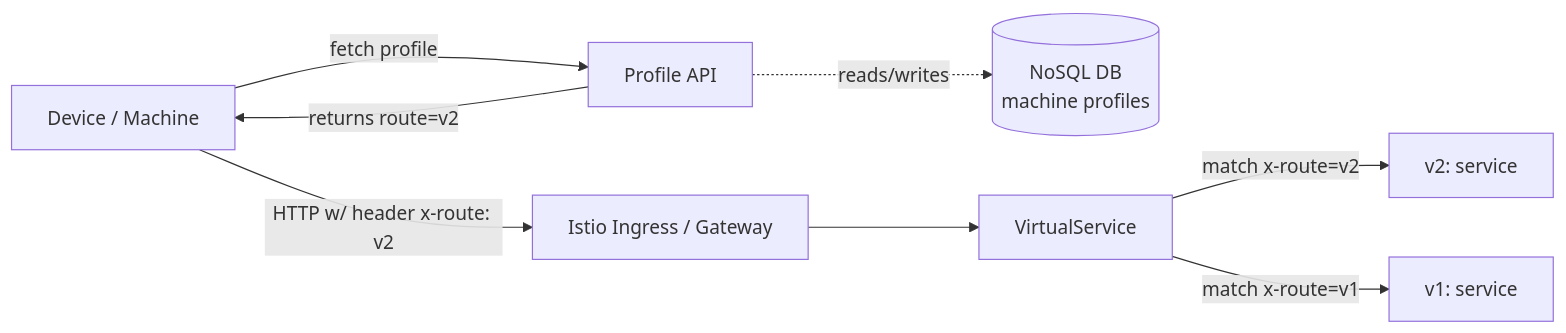
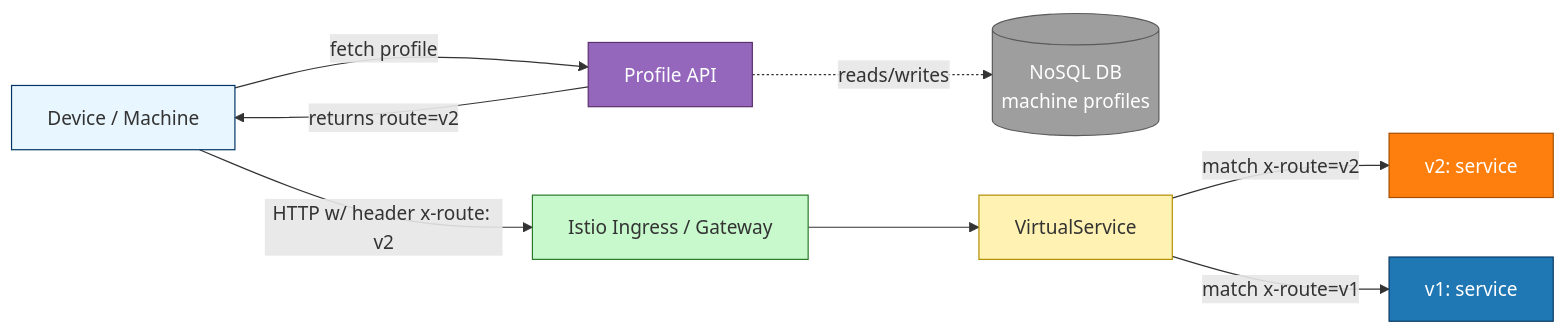
Before and after one commit to bretonne/location-rollout-demo: the third of 3 diagrams in presentation.md, drawn with Mermaid. The commit also changed other lines of this file and 1 other file, not shown here.

````diff
--- a/presentation.md
+++ b/presentation.md
@@ -69,11 +95,27 @@
 ```mermaid
 flowchart LR
   Device[Device / Machine] -->|fetch profile| ProfileAPI[Profile API]
   %% Profile API interacts with a NoSQL database (dashed line to indicate backend storage)
   ProfileAPI -.->|reads/writes| NoSQLDB[(NoSQL DB\nmachine profiles)]
   ProfileAPI -->|returns route=v2| Device
   Device -->|HTTP w/ header x-route: v2| IstioIngress[Istio Ingress / Gateway]
   IstioIngress --> VirtualService[VirtualService]
   VirtualService -->|match x-route=v2| V2Svc[v2: service]
   VirtualService -->|match x-route=v1| V1Svc[v1: service]
+
+  classDef deviceClass fill:#E8F6FF,stroke:#036,stroke-width:1px;
+  classDef apiClass fill:#9467bd,stroke:#5a2f6b,color:#ffffff,stroke-width:1px;
+  classDef dbClass fill:#9e9e9e,stroke:#5a5a5a,color:#ffffff,stroke-width:1px;
+  classDef ingressClass fill:#C7F9CC,stroke:#2a7a2a,stroke-width:1px;
+  classDef vsClass fill:#FFF2B2,stroke:#b38f00,stroke-width:1px;
+  classDef v1Class fill:#1f77b4,stroke:#0b3a66,color:#ffffff,stroke-width:1px;
+  classDef v2Class fill:#ff7f0e,stroke:#a54e00,color:#ffffff,stroke-width:1px;
+
+  class Device deviceClass;
+  class ProfileAPI apiClass;
+  class NoSQLDB dbClass;
+  class IstioIngress ingressClass;
+  class VirtualService vsClass;
+  class V1Svc v1Class;
+  class V2Svc v2Class;
 ```
````
